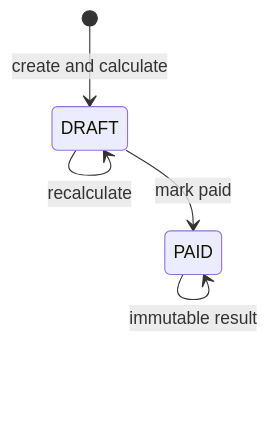
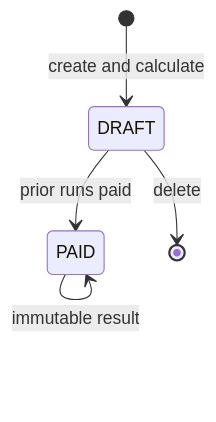
One commit to norbital-ai/templates changed the first of 4 diagrams in hr-payroll/docs/architecture.md. Above: the diagram before and after it, drawn with Mermaid. The commit also changed other lines of this file and 156 other files, not shown here.

````diff
--- a/hr-payroll/docs/architecture.md
+++ b/hr-payroll/docs/architecture.md
@@ -123,7 +144,7 @@
 ```mermaid
 stateDiagram-v2
   [*] --> DRAFT: create and calculate
-  DRAFT --> DRAFT: recalculate
-  DRAFT --> PAID: mark paid
+  DRAFT --> PAID: prior runs paid
+  DRAFT --> [*]: delete
   PAID --> PAID: immutable result
 ```
````
